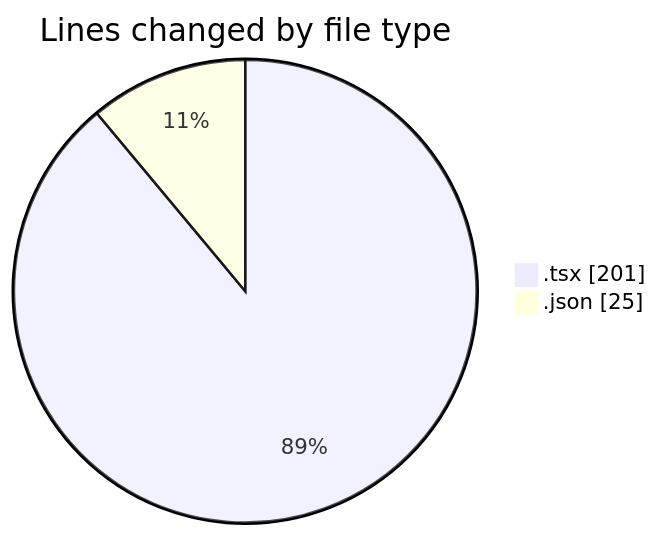
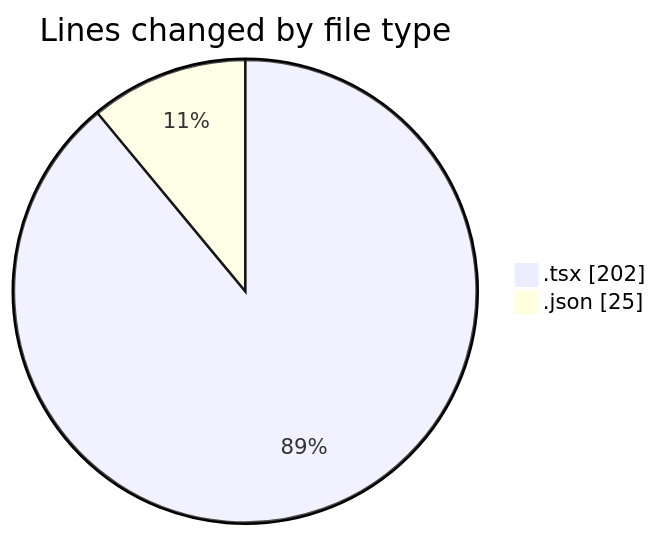
One commit to IJAZ3593/code-tracking changed the first of 2 diagrams in 2025-10-25/ai/README.md. Above: the diagram before and after it, drawn with Mermaid. The commit also changed other lines of this file and 1 other file, not shown here.

````diff
--- a/2025-10-25/ai/README.md
+++ b/2025-10-25/ai/README.md
@@ -21,6 +21,6 @@
 ```mermaid
 pie showData
 title Lines changed by file type
-".tsx" : 201
+".tsx" : 202
 ".json" : 25
 ```
````
